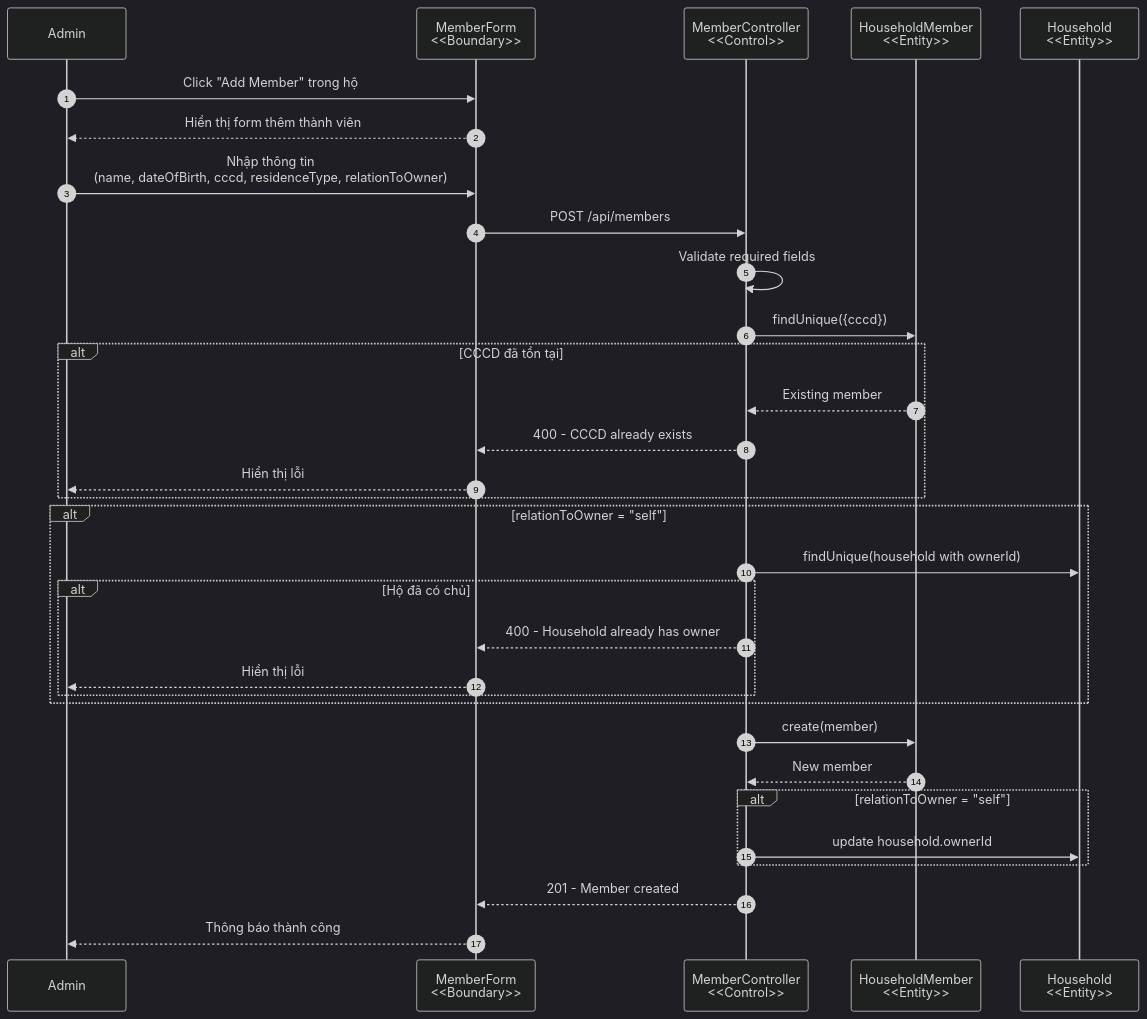
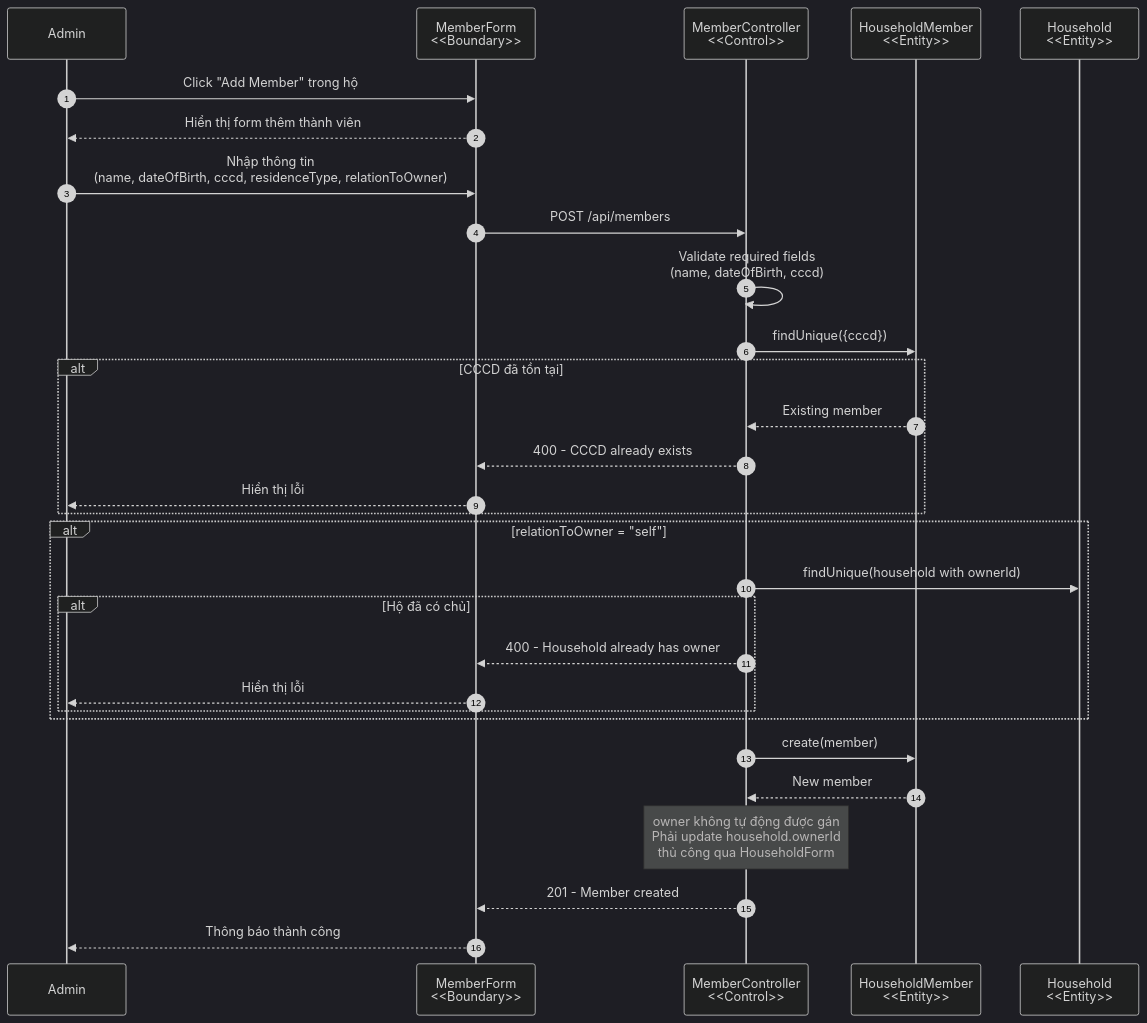
The eighth of 25 diagrams in docs/sequence-diagrams.md (MinhNghia2010/Bluemoon), drawn with Mermaid before and after one commit. The commit also changed other lines of this file and 1 other file, not shown here.

````diff
--- a/docs/sequence-diagrams.md
+++ b/docs/sequence-diagrams.md
@@ -287,43 +304,41 @@
 ```mermaid
 %%{init: {'theme': 'dark'}}%%
 sequenceDiagram
     autonumber
     participant Admin as Admin
     participant View as MemberForm<br/><<Boundary>>
     participant Controller as MemberController<br/><<Control>>
     participant MemberModel as HouseholdMember<br/><<Entity>>
     participant HouseholdModel as Household<br/><<Entity>>
     
     Admin->>View: Click "Add Member" trong hộ
     View-->>Admin: Hiển thị form thêm thành viên
     
     Admin->>View: Nhập thông tin<br/>(name, dateOfBirth, cccd, residenceType, relationToOwner)
     View->>Controller: POST /api/members
     
-    Controller->>Controller: Validate required fields
+    Controller->>Controller: Validate required fields<br/>(name, dateOfBirth, cccd)
     
     Controller->>MemberModel: findUnique({cccd})
     alt CCCD đã tồn tại
         MemberModel-->>Controller: Existing member
         Controller-->>View: 400 - CCCD already exists
         View-->>Admin: Hiển thị lỗi
     end
     
     alt relationToOwner = "self"
         Controller->>HouseholdModel: findUnique(household with ownerId)
         alt Hộ đã có chủ
             Controller-->>View: 400 - Household already has owner
             View-->>Admin: Hiển thị lỗi
         end
     end
     
     Controller->>MemberModel: create(member)
     MemberModel-->>Controller: New member
     
-    alt relationToOwner = "self"
-        Controller->>HouseholdModel: update household.ownerId
-    end
+    Note over Controller: owner không tự động được gán<br/>Phải update household.ownerId<br/>thủ công qua HouseholdForm
     
     Controller-->>View: 201 - Member created
     View-->>Admin: Thông báo thành công
 ```
````
